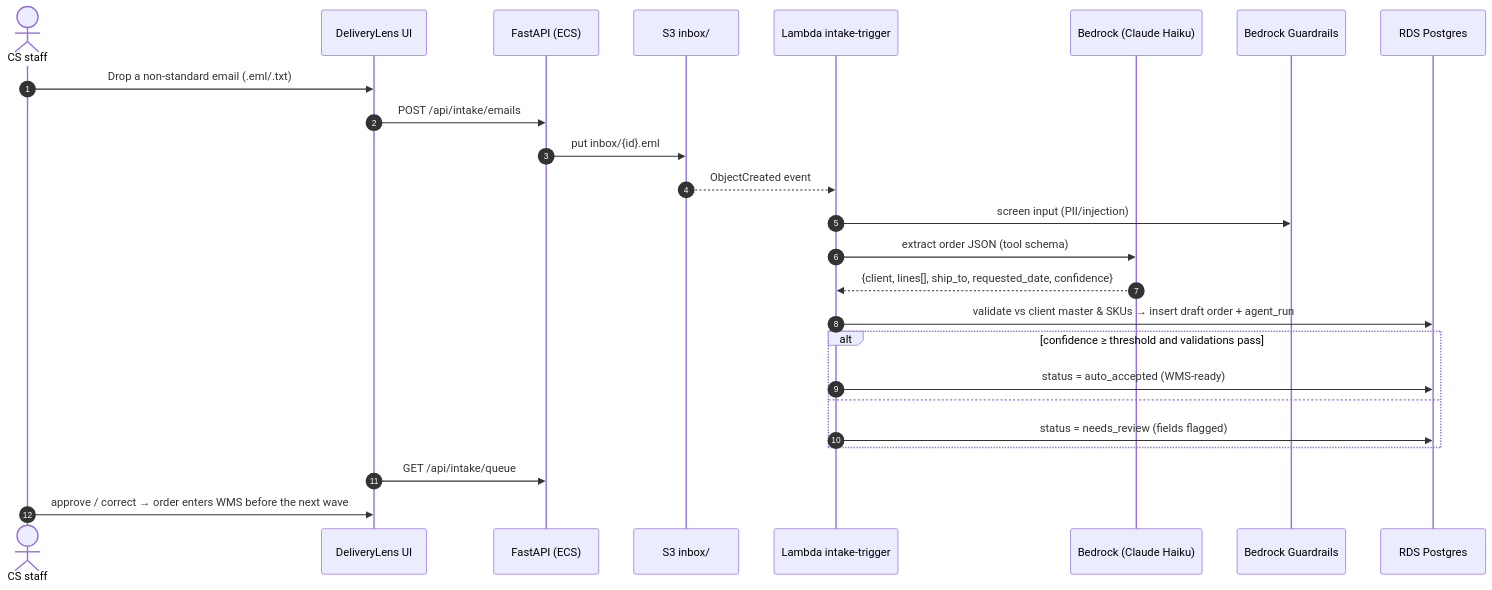
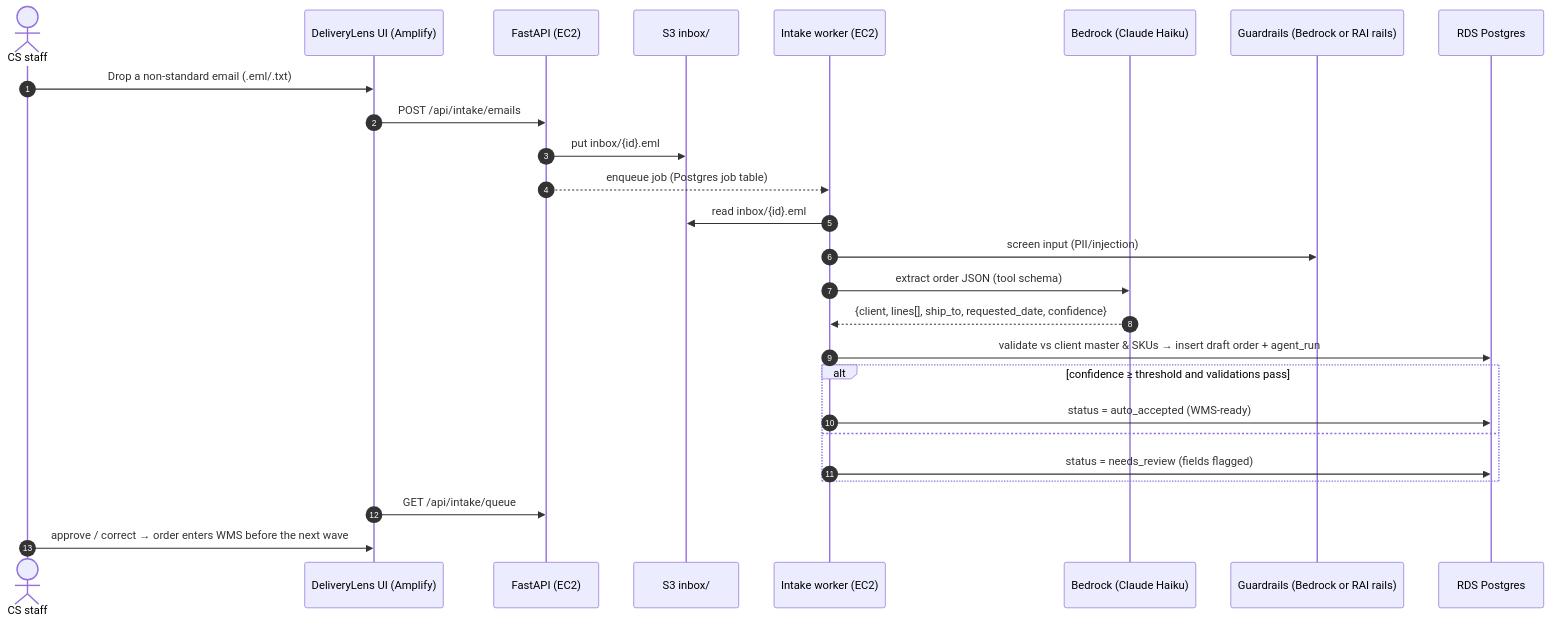
The third of 7 diagrams in hackathon/work/02-solution-design-and-5-day-plan.md (saimuthiki/RAI_AFNI), drawn with Mermaid before and after one commit. The commit also changed other lines of this file and 2 other files, not shown here.

````diff
--- a/hackathon/work/02-solution-design-and-5-day-plan.md
+++ b/hackathon/work/02-solution-design-and-5-day-plan.md
@@ -225,27 +230,28 @@
 ```mermaid
 sequenceDiagram
   autonumber
   actor CS as CS staff
-  participant UI as DeliveryLens UI
-  participant API as FastAPI (ECS)
+  participant UI as DeliveryLens UI (Amplify)
+  participant API as FastAPI (EC2)
   participant S3 as S3 inbox/
-  participant L as Lambda intake-trigger
+  participant L as Intake worker (EC2)
   participant BR as Bedrock (Claude Haiku)
-  participant G as Bedrock Guardrails
+  participant G as Guardrails (Bedrock or RAI rails)
   participant DB as RDS Postgres
   CS->>UI: Drop a non-standard email (.eml/.txt)
   UI->>API: POST /api/intake/emails
   API->>S3: put inbox/{id}.eml
-  S3-->>L: ObjectCreated event
+  API-->>L: enqueue job (Postgres job table)
+  L->>S3: read inbox/{id}.eml
   L->>G: screen input (PII/injection)
   L->>BR: extract order JSON (tool schema)
   BR-->>L: {client, lines[], ship_to, requested_date, confidence}
   L->>DB: validate vs client master & SKUs → insert draft order + agent_run
   alt confidence ≥ threshold and validations pass
     L->>DB: status = auto_accepted (WMS-ready)
   else
     L->>DB: status = needs_review (fields flagged)
   end
   UI->>API: GET /api/intake/queue
   CS->>UI: approve / correct → order enters WMS before the next wave
 ```
````
